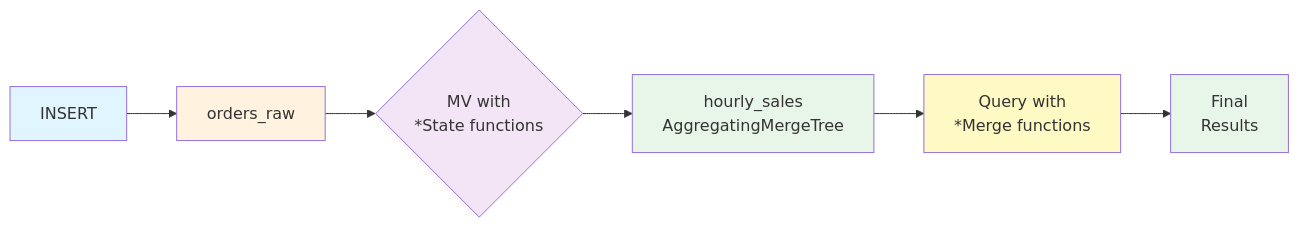
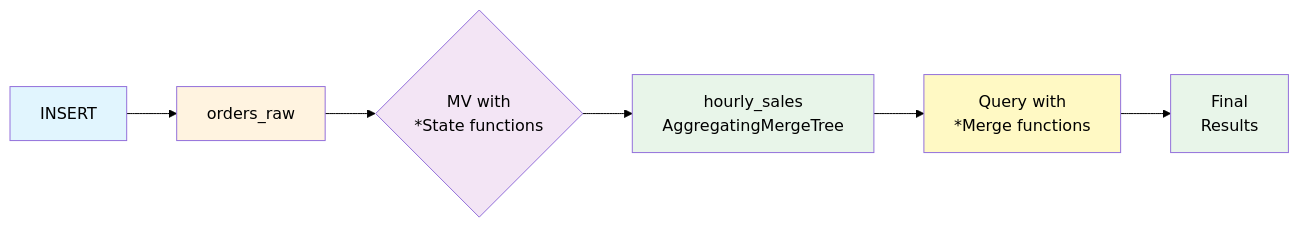
Before and after one commit to ClickHouse/ClickHouse_Demos: the third of 6 diagrams in incremental_materialized_views/README.md, drawn with Mermaid. The commit also changed other lines of this file and 15 other files, not shown here.

````diff
--- a/incremental_materialized_views/README.md
+++ b/incremental_materialized_views/README.md
@@ -217,15 +240,16 @@
 ```mermaid
+%%{init: {'themeVariables': {'primaryTextColor': '#000000', 'lineColor': '#000000'}}}%%
 flowchart LR
     A[INSERT] --> B[orders_raw]
     B --> C{MV with<br/>*State functions}
     C --> D[hourly_sales<br/>AggregatingMergeTree]
     D --> E[Query with<br/>*Merge functions]
     E --> F[Final<br/>Results]
 
-    style A fill:#e1f5fe
-    style B fill:#fff3e0
-    style C fill:#f3e5f5
-    style D fill:#e8f5e9
-    style E fill:#fff9c4
-    style F fill:#e8f5e9
+    style A fill:#e1f5fe,color:#000000
+    style B fill:#fff3e0,color:#000000
+    style C fill:#f3e5f5,color:#000000
+    style D fill:#e8f5e9,color:#000000
+    style E fill:#fff9c4,color:#000000
+    style F fill:#e8f5e9,color:#000000
 ```
````
